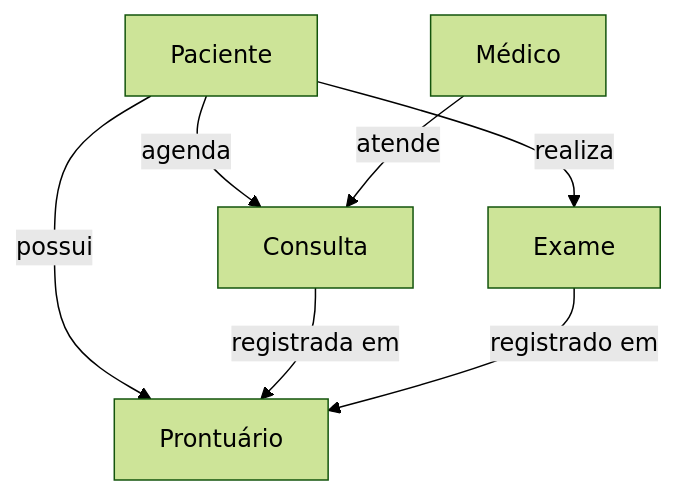
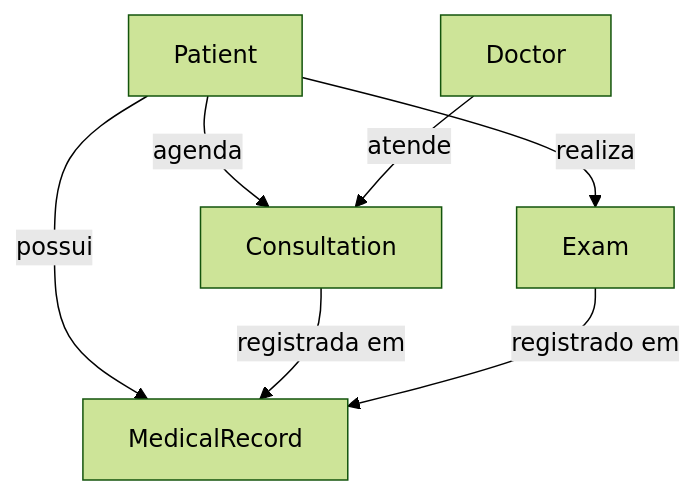
One commit to burn-c/arquitetura-de-software-fase-2 changed the fifth of 5 diagrams in docs/Estratégia e Inovação/Arquitetura de Software/4 - Entidades e Objetos de Valor/1 - Entidades.md. Above: the diagram before and after it, drawn with Mermaid (forest theme). The commit also changed other lines of this file and 6 other files, not shown here.

````diff
--- a/docs/Estratégia e Inovação/Arquitetura de Software/4 - Entidades e Objetos de Valor/1 - Entidades.md
+++ b/docs/Estratégia e Inovação/Arquitetura de Software/4 - Entidades e Objetos de Valor/1 - Entidades.md
@@ -143,15 +143,15 @@
 ```mermaid
 flowchart TD
-    P["Paciente"]
-    M["Médico"]
-    C["Consulta"]
-    E["Exame"]
-    PR["Prontuário"]
+    P["Patient"]
+    M["Doctor"]
+    C["Consultation"]
+    E["Exam"]
+    PR["MedicalRecord"]
 
     P -->|agenda| C
     M -->|atende| C
     P -->|realiza| E
     P -->|possui| PR
     C -->|registrada em| PR
     E -->|registrado em| PR
 ```
````
